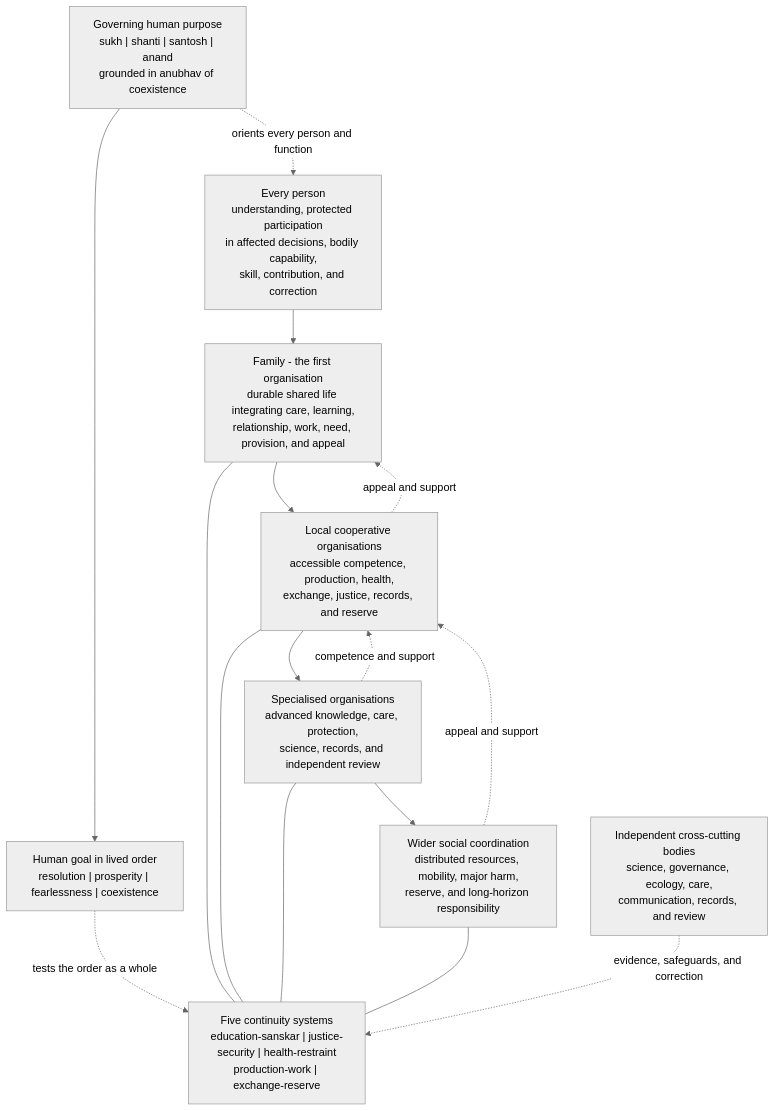
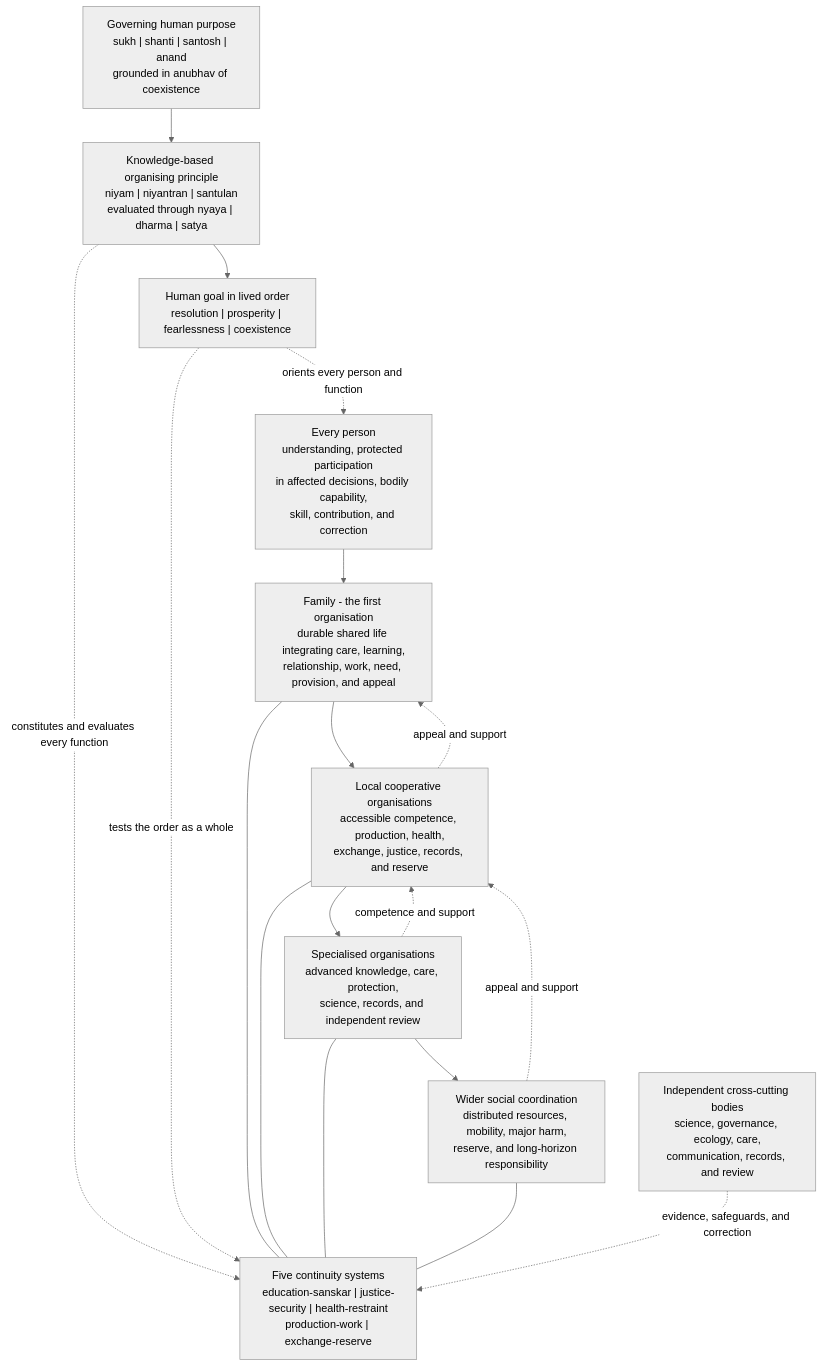
One commit to raghavamohan/AnalyticMadhyasthDarshan changed the diagram in Studies/The-Epistemology-of-Coexistence/Research-Note-Proposed-External-Organisation-From-Jeevan-Architecture.md. Above: the diagram before and after it, drawn with Mermaid (neutral theme). The commit also changed other lines of this file and 1 other file, not shown here.

Commit message:
Ground organisation in the sixfold knowledge principle

````diff
--- a/Studies/The-Epistemology-of-Coexistence/Research-Note-Proposed-External-Organisation-From-Jeevan-Architecture.md
+++ b/Studies/The-Epistemology-of-Coexistence/Research-Note-Proposed-External-Organisation-From-Jeevan-Architecture.md
@@ -71,25 +94,27 @@
 ```mermaid
 flowchart TB
     H["Governing human purpose<br/>sukh | shanti | santosh | anand<br/>grounded in anubhav of coexistence"]
+    K["Knowledge-based organising principle<br/>niyam | niyantran | santulan<br/>evaluated through nyaya | dharma | satya"]
     G["Human goal in lived order<br/>resolution | prosperity | fearlessness | coexistence"]
     P["Every person<br/>understanding, protected participation<br/>in affected decisions, bodily capability,<br/>skill, contribution, and correction"]
     F["Family - the first organisation<br/>durable shared life integrating care, learning,<br/>relationship, work, need, provision, and appeal"]
     L["Local cooperative organisations<br/>accessible competence, production, health,<br/>exchange, justice, records, and reserve"]
     S["Specialised organisations<br/>advanced knowledge, care, protection,<br/>science, records, and independent review"]
     W["Wider social coordination<br/>distributed resources, mobility, major harm,<br/>reserve, and long-horizon responsibility"]
     C["Five continuity systems<br/>education-sanskar | justice-security | health-restraint<br/>production-work | exchange-reserve"]
     X["Independent cross-cutting bodies<br/>science, governance, ecology, care,<br/>communication, records, and review"]
 
-    H --> G
-    H -. "orients every person and function" .-> P
+    H --> K --> G
+    G -. "orients every person and function" .-> P
+    K -. "constitutes and evaluates every function" .-> C
     G -. "tests the order as a whole" .-> C
     P --> F --> L --> S --> W
     F --- C
     L --- C
     S --- C
     W --- C
     X -. "evidence, safeguards, and correction" .-> C
     W -. "appeal and support" .-> L
     S -. "competence and support" .-> L
     L -. "appeal and support" .-> F
 ```
````
